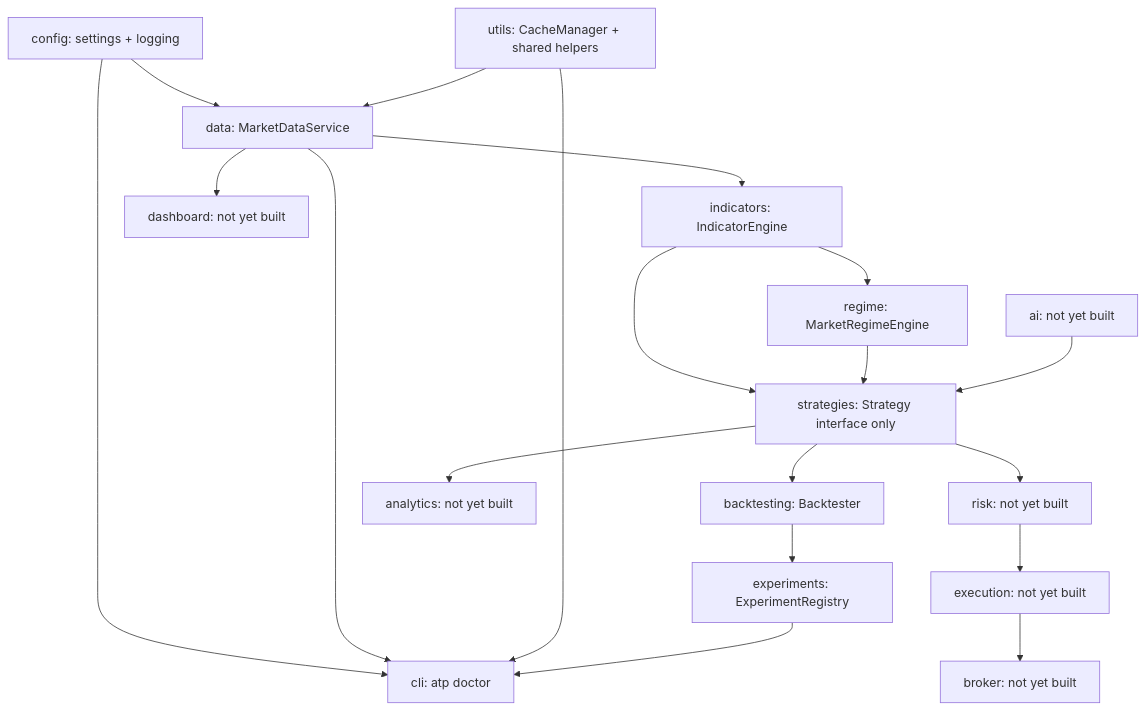
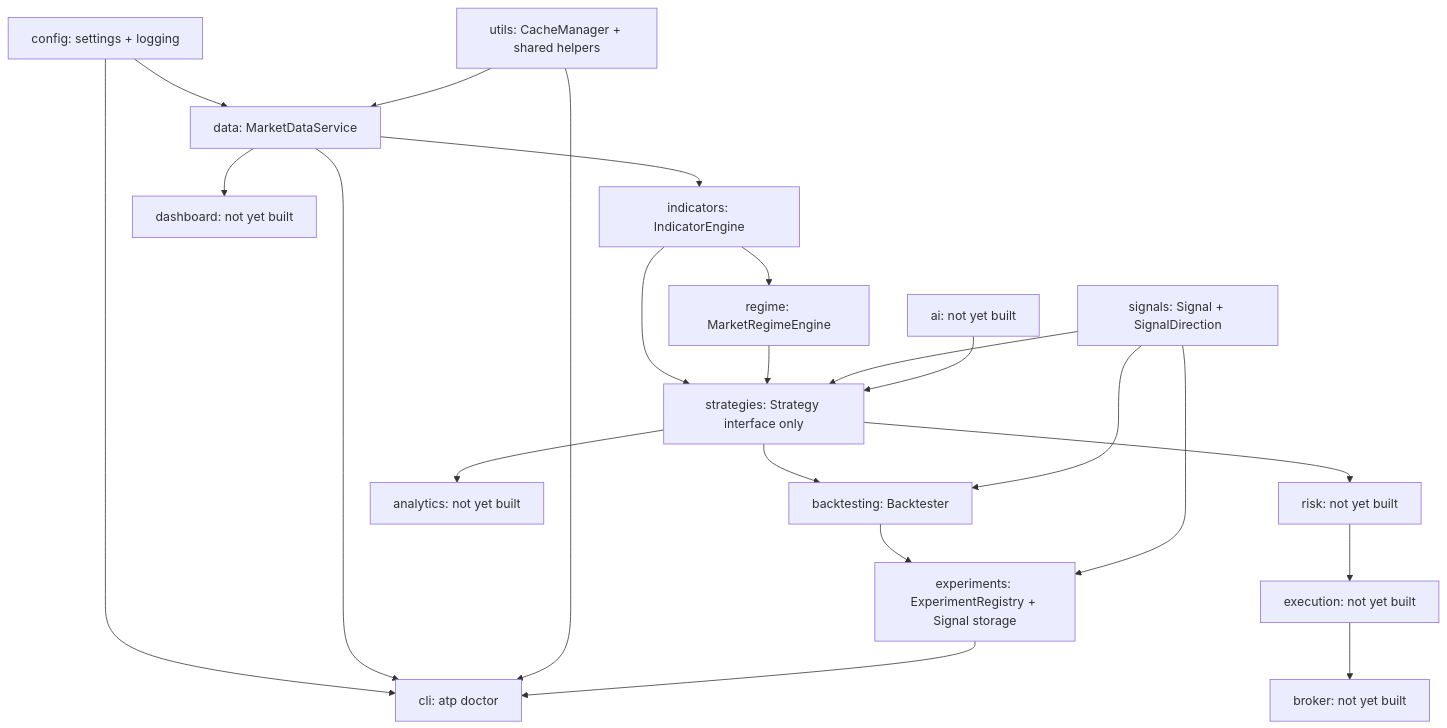
One commit to grow-op-nasa/ai-trading-platform changed the diagram in ARCHITECTURE.md. Above: the diagram before and after it, drawn with Mermaid. The commit also changed other lines of this file and 15 other files, not shown here.

````diff
--- a/ARCHITECTURE.md
+++ b/ARCHITECTURE.md
@@ -14,37 +14,41 @@
 ```mermaid
 graph TD
     config[config: settings + logging]
     utils[utils: CacheManager + shared helpers]
     data[data: MarketDataService]
     indicators[indicators: IndicatorEngine]
     regime[regime: MarketRegimeEngine]
+    signals[signals: Signal + SignalDirection]
     strategies[strategies: Strategy interface only]
     backtesting[backtesting: Backtester]
-    experiments[experiments: ExperimentRegistry]
+    experiments[experiments: ExperimentRegistry + Signal storage]
     risk[risk: not yet built]
     execution[execution: not yet built]
     broker[broker: not yet built]
     analytics[analytics: not yet built]
     ai[ai: not yet built]
     dashboard[dashboard: not yet built]
     cli[cli: atp doctor]
 
     config --> data
     utils --> data
     data --> indicators
     indicators --> regime
     indicators --> strategies
     regime --> strategies
+    signals --> strategies
     strategies --> backtesting
+    signals --> backtesting
     backtesting --> experiments
+    signals --> experiments
     strategies --> risk
     risk --> execution
     execution --> broker
     strategies --> analytics
     data --> dashboard
     ai --> strategies
     config --> cli
     data --> cli
     utils --> cli
     experiments --> cli
 ```
````
